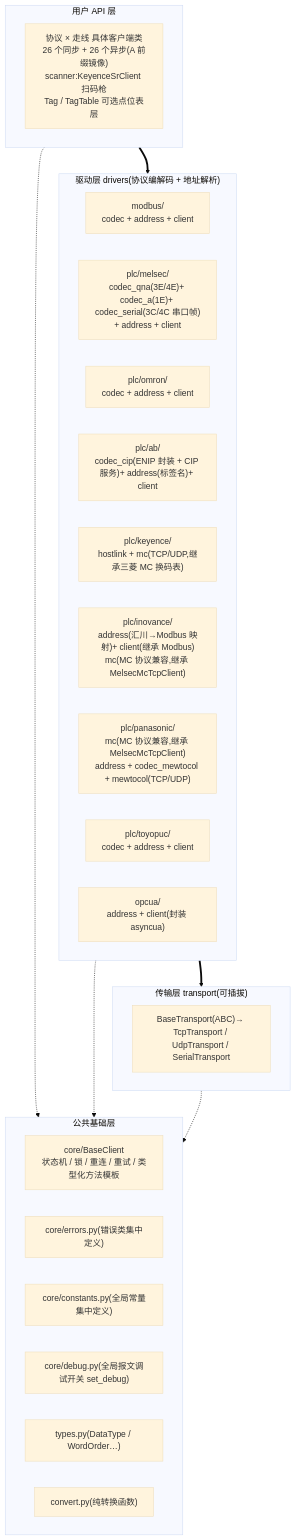
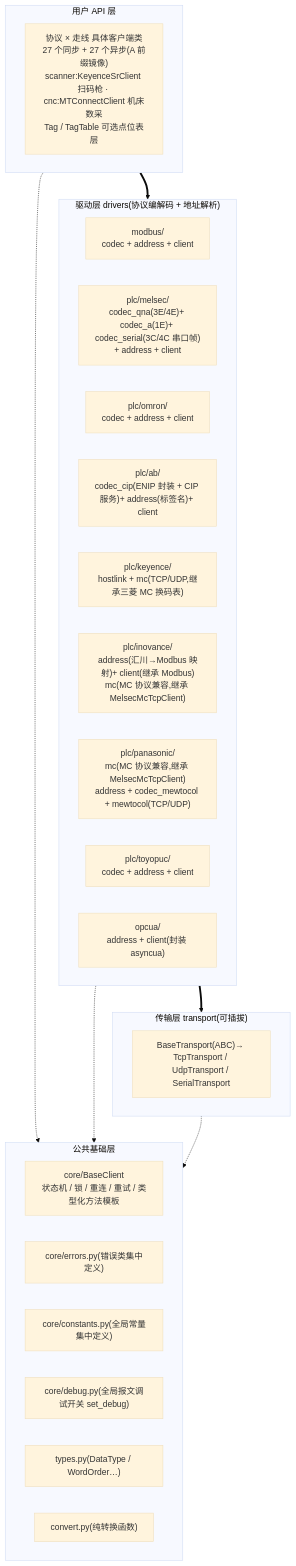
One commit to yunluo/omniplc changed the first of 3 diagrams in docs/architecture.md. Above: the diagram before and after it, drawn with Mermaid (base theme). The commit also changed other lines of this file and 8 other files, not shown here.

Commit message:
CNC 机床数采 MTConnect 驱动:标准库 HTTP/XML 只读实现(Agent 默认 5000,零第三方依赖;数据项 id 即地址,类型化读 + snapshot + read_conditions + probe;不存在/UNAVAILABLE 不断线,坏 XML 断线惰性重连)

````diff
--- a/docs/architecture.md
+++ b/docs/architecture.md
@@ -13,34 +13,34 @@
 ```mermaid
 flowchart TB
     subgraph UserApi["用户 API 层"]
-        Clients["协议 × 走线 具体客户端类<br/>26 个同步 + 26 个异步(A 前缀镜像)<br/>scanner:KeyenceSrClient 扫码枪<br/>Tag / TagTable 可选点位表层"]
+        Clients["协议 × 走线 具体客户端类<br/>27 个同步 + 27 个异步(A 前缀镜像)<br/>scanner:KeyenceSrClient 扫码枪 · cnc:MTConnectClient 机床数采<br/>Tag / TagTable 可选点位表层"]
     end
     subgraph Drivers["驱动层 drivers(协议编解码 + 地址解析)"]
         Modbus["modbus/<br/>codec + address + client"]
         Melsec["plc/melsec/<br/>codec_qna(3E/4E)+ codec_a(1E)+ codec_serial(3C/4C 串口帧)<br/>+ address + client"]
         Omron["plc/omron/<br/>codec + address + client"]
         Ab["plc/ab/<br/>codec_cip(ENIP 封装 + CIP 服务)+ address(标签名)+ client"]
         Keyence["plc/keyence/<br/>hostlink + mc(TCP/UDP,继承三菱 MC 换码表)"]
         InovanceD["plc/inovance/<br/>address(汇川→Modbus 映射)+ client(继承 Modbus)<br/>mc(MC 协议兼容,继承 MelsecMcTcpClient)"]
         PanasonicD["plc/panasonic/<br/>mc(MC 协议兼容,继承 MelsecMcTcpClient)<br/>address + codec_mewtocol + mewtocol(TCP/UDP)"]
         Toyopuc["plc/toyopuc/<br/>codec + address + client"]
         Opcua["opcua/<br/>address + client(封装 asyncua)"]
     end
     subgraph TransportLayer["传输层 transport(可插拔)"]
         TransportList["BaseTransport(ABC)→ TcpTransport / UdpTransport / SerialTransport"]
     end
     subgraph CoreLayer["公共基础层"]
         BaseClientC["core/BaseClient<br/>状态机 / 锁 / 重连 / 重试 / 类型化方法模板"]
         Errors["core/errors.py(错误类集中定义)"]
         Constants["core/constants.py(全局常量集中定义)"]
         DebugC["core/debug.py(全局报文调试开关 set_debug)"]
         TypesC["types.py(DataType / WordOrder…)"]
         ConvertC["convert.py(纯转换函数)"]
     end
 
     UserApi ==> Drivers
     Drivers ==> TransportLayer
     UserApi -.-> CoreLayer
     Drivers -.-> CoreLayer
     TransportLayer -.-> CoreLayer
 ```
````
